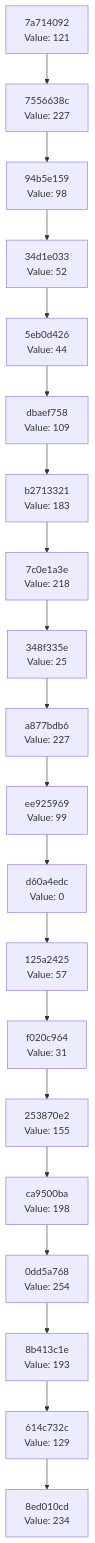
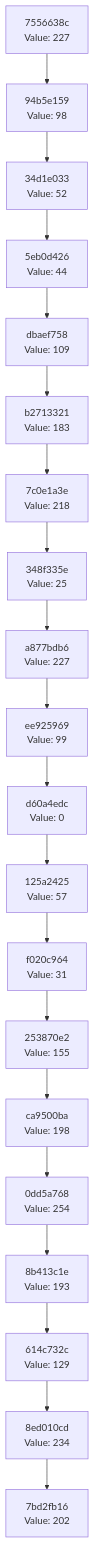
Before and after one commit to Abhisheksinha1506/hash-chain-evolver: the diagram in docs/CHAIN_VISUALIZATION.md, drawn with Mermaid. The commit also changed 2 other files, not shown here.

Commit message:
Evolution Step

````diff
--- a/docs/CHAIN_VISUALIZATION.md
+++ b/docs/CHAIN_VISUALIZATION.md
@@ -3,42 +3,42 @@
 ```mermaid
 graph TD
-    C0["8ed010cd<br/>Value: 234"]
-    C1["614c732c<br/>Value: 129"]
+    C0["7bd2fb16<br/>Value: 202"]
+    C1["8ed010cd<br/>Value: 234"]
     C1 --> C0
-    C2["8b413c1e<br/>Value: 193"]
+    C2["614c732c<br/>Value: 129"]
     C2 --> C1
-    C3["0dd5a768<br/>Value: 254"]
+    C3["8b413c1e<br/>Value: 193"]
     C3 --> C2
-    C4["ca9500ba<br/>Value: 198"]
+    C4["0dd5a768<br/>Value: 254"]
     C4 --> C3
-    C5["253870e2<br/>Value: 155"]
+    C5["ca9500ba<br/>Value: 198"]
     C5 --> C4
-    C6["f020c964<br/>Value: 31"]
+    C6["253870e2<br/>Value: 155"]
     C6 --> C5
-    C7["125a2425<br/>Value: 57"]
+    C7["f020c964<br/>Value: 31"]
     C7 --> C6
-    C8["d60a4edc<br/>Value: 0"]
+    C8["125a2425<br/>Value: 57"]
     C8 --> C7
-    C9["ee925969<br/>Value: 99"]
+    C9["d60a4edc<br/>Value: 0"]
     C9 --> C8
-    C10["a877bdb6<br/>Value: 227"]
+    C10["ee925969<br/>Value: 99"]
     C10 --> C9
-    C11["348f335e<br/>Value: 25"]
+    C11["a877bdb6<br/>Value: 227"]
     C11 --> C10
-    C12["7c0e1a3e<br/>Value: 218"]
+    C12["348f335e<br/>Value: 25"]
     C12 --> C11
-    C13["b2713321<br/>Value: 183"]
+    C13["7c0e1a3e<br/>Value: 218"]
     C13 --> C12
-    C14["dbaef758<br/>Value: 109"]
+    C14["b2713321<br/>Value: 183"]
     C14 --> C13
-    C15["5eb0d426<br/>Value: 44"]
+    C15["dbaef758<br/>Value: 109"]
     C15 --> C14
-    C16["34d1e033<br/>Value: 52"]
+    C16["5eb0d426<br/>Value: 44"]
     C16 --> C15
-    C17["94b5e159<br/>Value: 98"]
+    C17["34d1e033<br/>Value: 52"]
     C17 --> C16
-    C18["7556638c<br/>Value: 227"]
+    C18["94b5e159<br/>Value: 98"]
     C18 --> C17
-    C19["7a714092<br/>Value: 121"]
+    C19["7556638c<br/>Value: 227"]
     C19 --> C18
 ```
````
